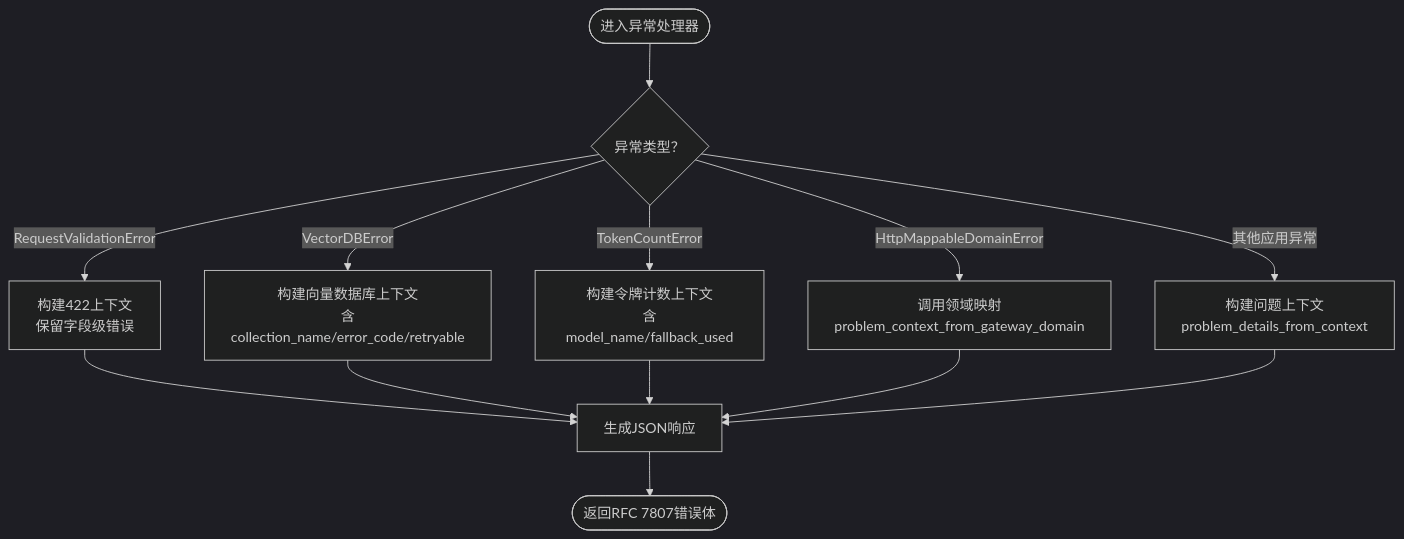
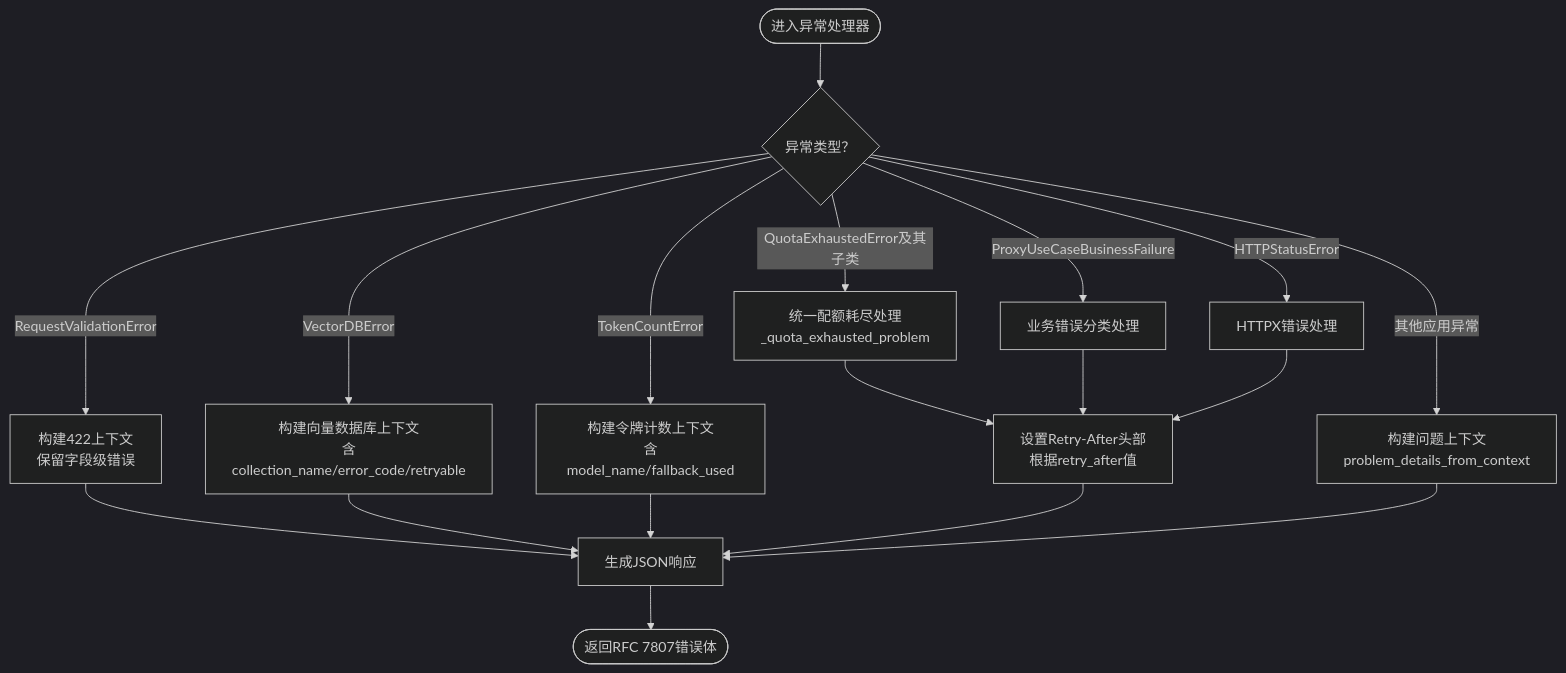
Before and after one commit to tianyehedashu/ai-agent: the fourth of 9 diagrams in .qoder/repowiki/zh/content/后端服务架构/基础设施层/异常处理机制.md, drawn with Mermaid (dark theme). The commit also changed other lines of this file and 50 other files, not shown here.

````diff
--- a/.qoder/repowiki/zh/content/后端服务架构/基础设施层/异常处理机制.md
+++ b/.qoder/repowiki/zh/content/后端服务架构/基础设施层/异常处理机制.md
@@ -211,15 +284,20 @@
 ```mermaid
 flowchart TD
 Start(["进入异常处理器"]) --> TypeCheck{"异常类型？"}
 TypeCheck --> |RequestValidationError| V422["构建422上下文<br/>保留字段级错误"]
 TypeCheck --> |VectorDBError| VecCtx["构建向量数据库上下文<br/>含collection_name/error_code/retryable"]
 TypeCheck --> |TokenCountError| TokenCtx["构建令牌计数上下文<br/>含model_name/fallback_used"]
-TypeCheck --> |HttpMappableDomainError| DomainCtx["调用领域映射<br/>problem_context_from_gateway_domain"]
+TypeCheck --> |QuotaExhaustedError及其子类| QuotaCtx["统一配额耗尽处理<br/>_quota_exhausted_problem"]
+TypeCheck --> |ProxyUseCaseBusinessFailure| BizCtx["业务错误分类处理"]
+TypeCheck --> |HTTPStatusError| HttpxCtx["HTTPX错误处理"]
 TypeCheck --> |其他应用异常| BuildCtx["构建问题上下文<br/>problem_details_from_context"]
+QuotaCtx --> SetHeaders["设置Retry-After头部<br/>根据retry_after值"]
+BizCtx --> SetHeaders
+HttpxCtx --> SetHeaders
 V422 --> ToJSON["生成JSON响应"]
 VecCtx --> ToJSON
 TokenCtx --> ToJSON
-DomainCtx --> ToJSON
+SetHeaders --> ToJSON
 BuildCtx --> ToJSON
 ToJSON --> End(["返回RFC 7807错误体"])
 ```
````
